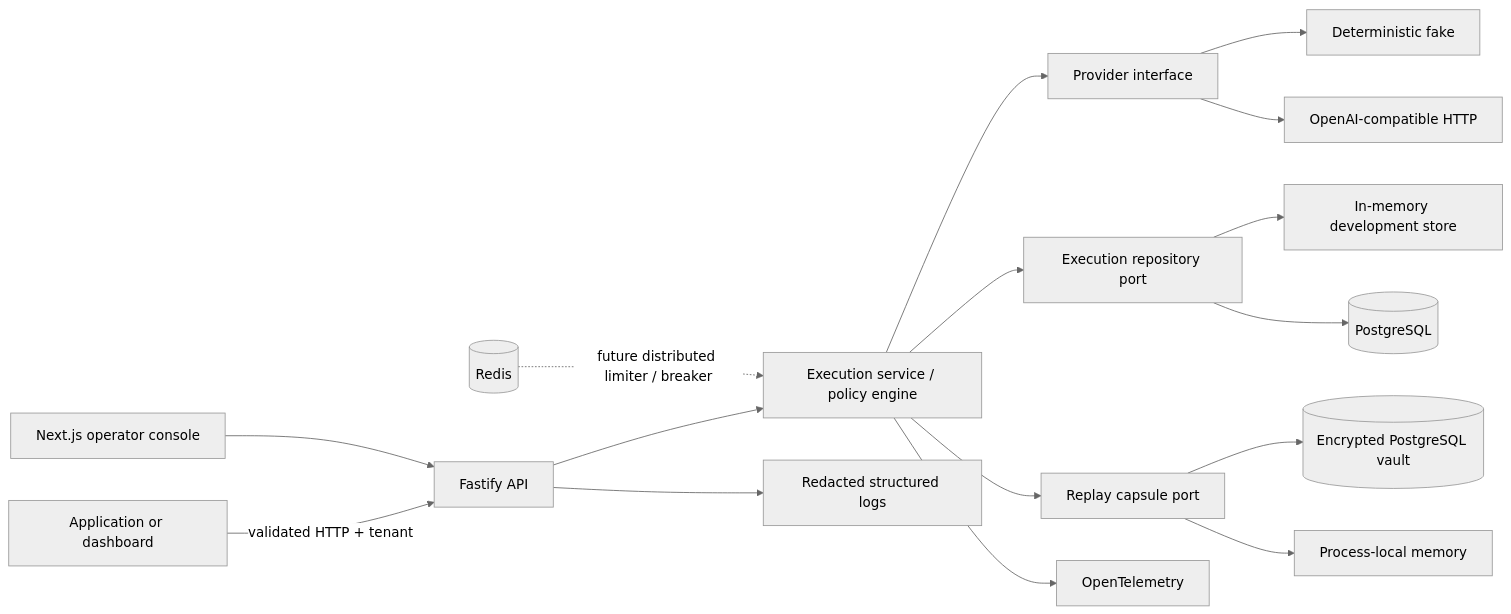
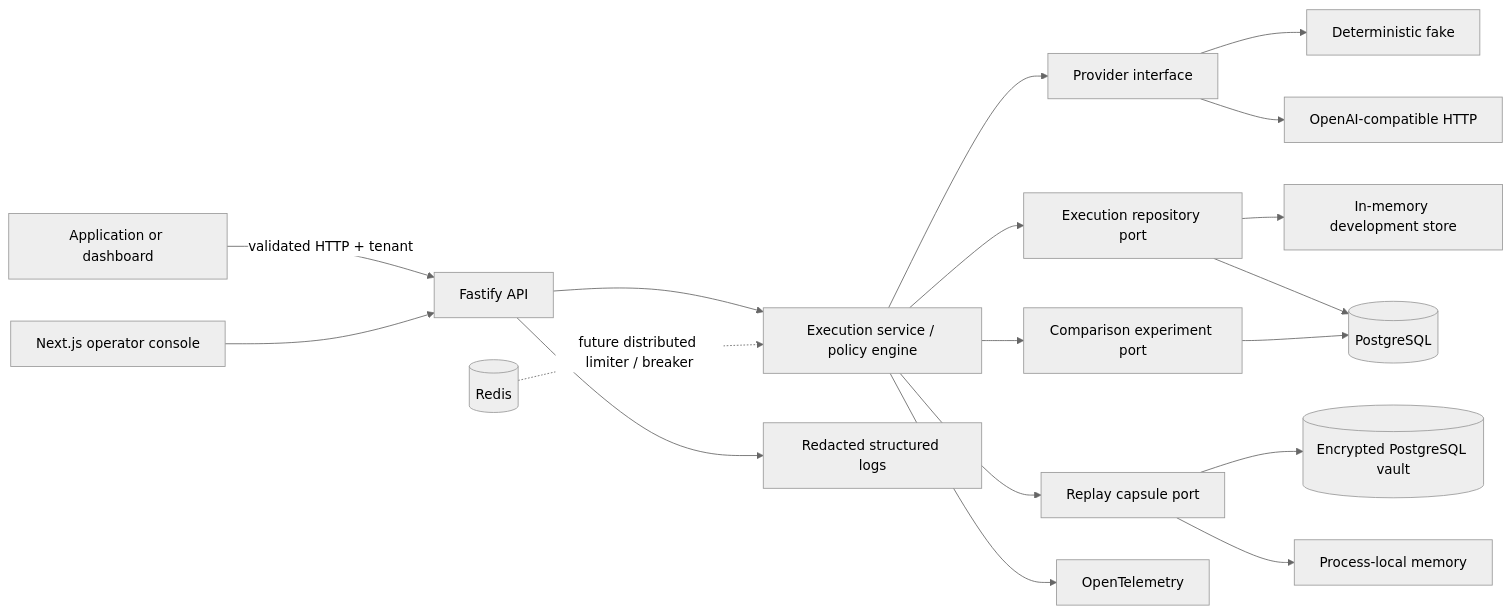
One commit to jpollard-github/reliability-lab changed the diagram in README.md. Above: the diagram before and after it, drawn with Mermaid (neutral theme). The commit also changed other lines of this file and 29 other files, not shown here.

````diff
--- a/README.md
+++ b/README.md
@@ -40,18 +43,20 @@
 ```mermaid
 flowchart LR
   Client[Application or dashboard] -->|validated HTTP + tenant| API[Fastify API]
   API --> Service[Execution service / policy engine]
   Service --> Primary[Provider interface]
   Primary --> Fake[Deterministic fake]
   Primary --> Live[OpenAI-compatible HTTP]
   Service --> Repo[Execution repository port]
   Repo --> Memory[In-memory development store]
   Repo --> PG[(PostgreSQL)]
   Service --> Capsule[Replay capsule port]
   Capsule --> Vault[(Encrypted PostgreSQL vault)]
   Capsule --> CapsuleMemory[Process-local memory]
+  Service --> Experiment[Comparison experiment port]
+  Experiment --> PG
   Service --> OTel[OpenTelemetry]
   API --> Pino[Redacted structured logs]
   Web[Next.js operator console] --> API
   Redis[(Redis)] -. future distributed limiter / breaker .-> Service
 ```
````
